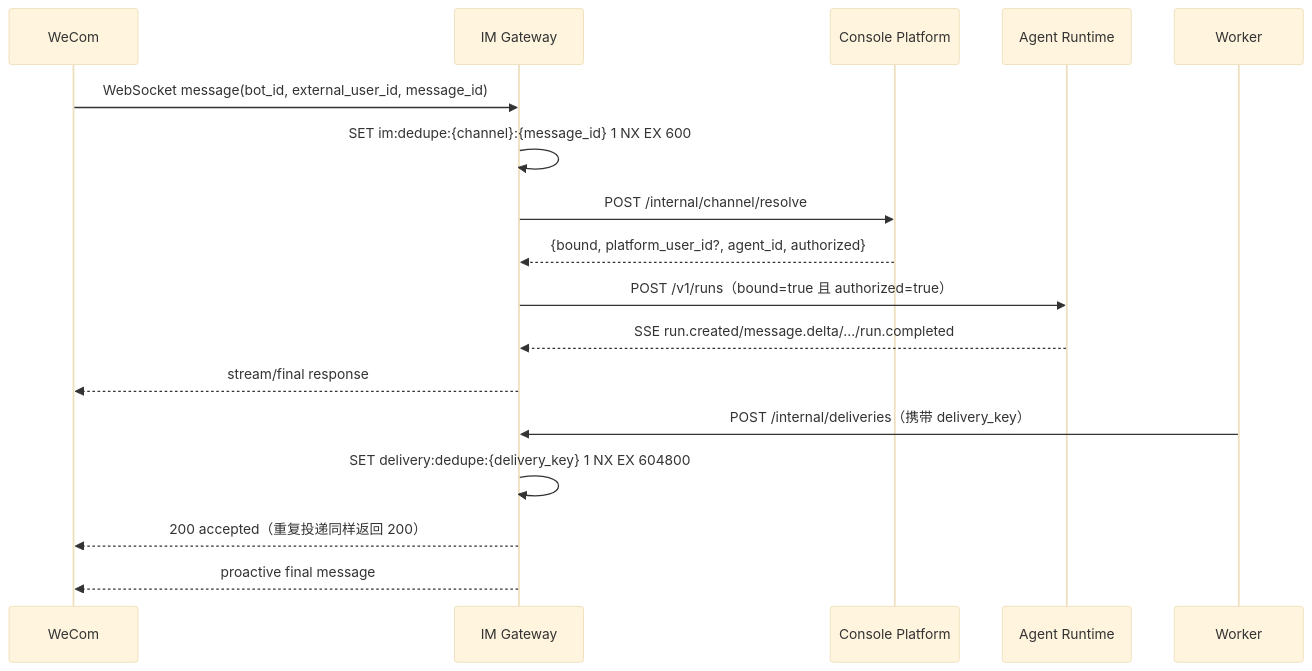
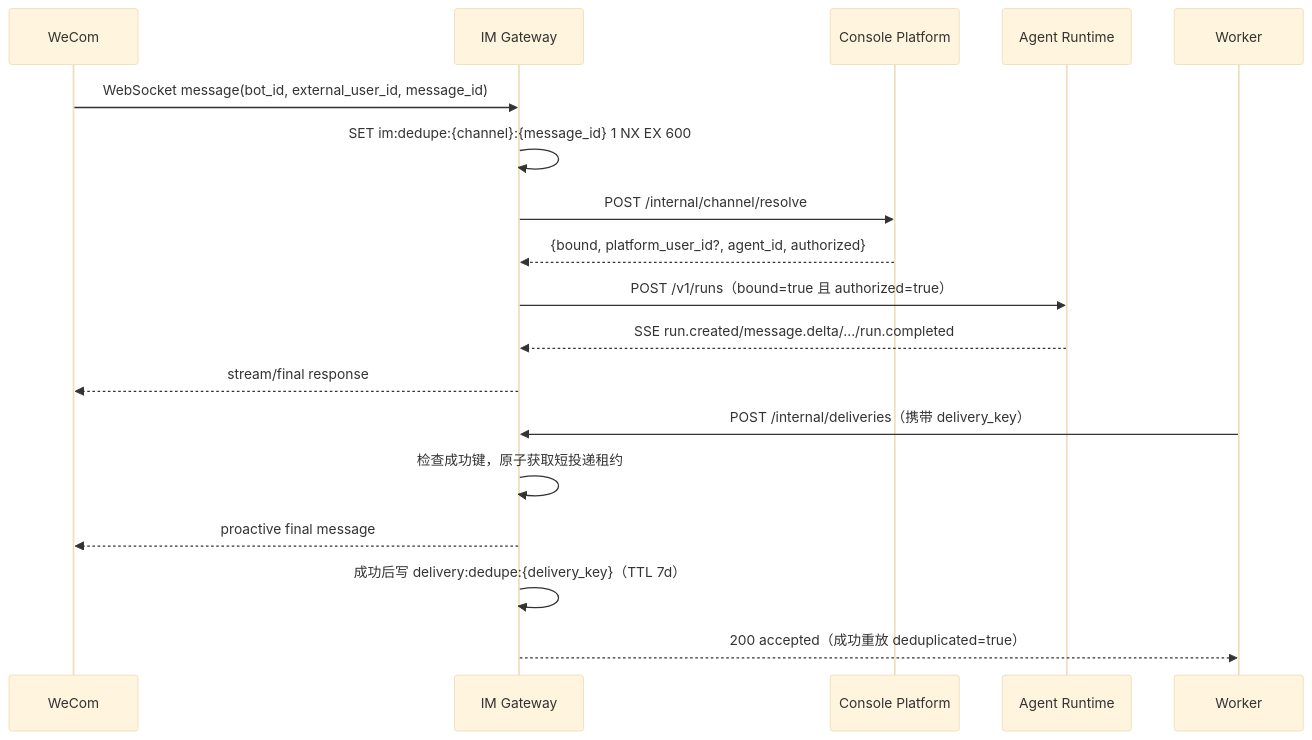
One commit to Michaelxwb/fluxion-harness changed the first of 3 diagrams in .code-flow/tasks/2026-09-17/10-im-gateway/10-im-gateway.backend.design.md. Above: the diagram before and after it, drawn with Mermaid (base theme). The commit also changed other lines of this file and 190 other files, not shown here.

````diff
--- a/.code-flow/tasks/2026-09-17/10-im-gateway/10-im-gateway.backend.design.md
+++ b/.code-flow/tasks/2026-09-17/10-im-gateway/10-im-gateway.backend.design.md
@@ -155,19 +196,20 @@
 ```mermaid
 sequenceDiagram
  participant W as WeCom
  participant G as IM Gateway
  participant C as Console Platform
  participant R as Agent Runtime
  participant WK as Worker
  W->>G: WebSocket message(bot_id, external_user_id, message_id)
  G->>G: SET im:dedupe:{channel}:{message_id} 1 NX EX 600
  G->>C: POST /internal/channel/resolve
  C-->>G: {bound, platform_user_id?, agent_id, authorized}
  G->>R: POST /v1/runs（bound=true 且 authorized=true）
  R-->>G: SSE run.created/message.delta/.../run.completed
  G-->>W: stream/final response
  WK->>G: POST /internal/deliveries（携带 delivery_key）
- G->>G: SET delivery:dedupe:{delivery_key} 1 NX EX 604800
- G-->>W: 200 accepted（重复投递同样返回 200）
+ G->>G: 检查成功键，原子获取短投递租约
  G-->>W: proactive final message
+ G->>G: 成功后写 delivery:dedupe:{delivery_key}（TTL 7d）
+ G-->>WK: 200 accepted（成功重放 deduplicated=true）
 ```
````
